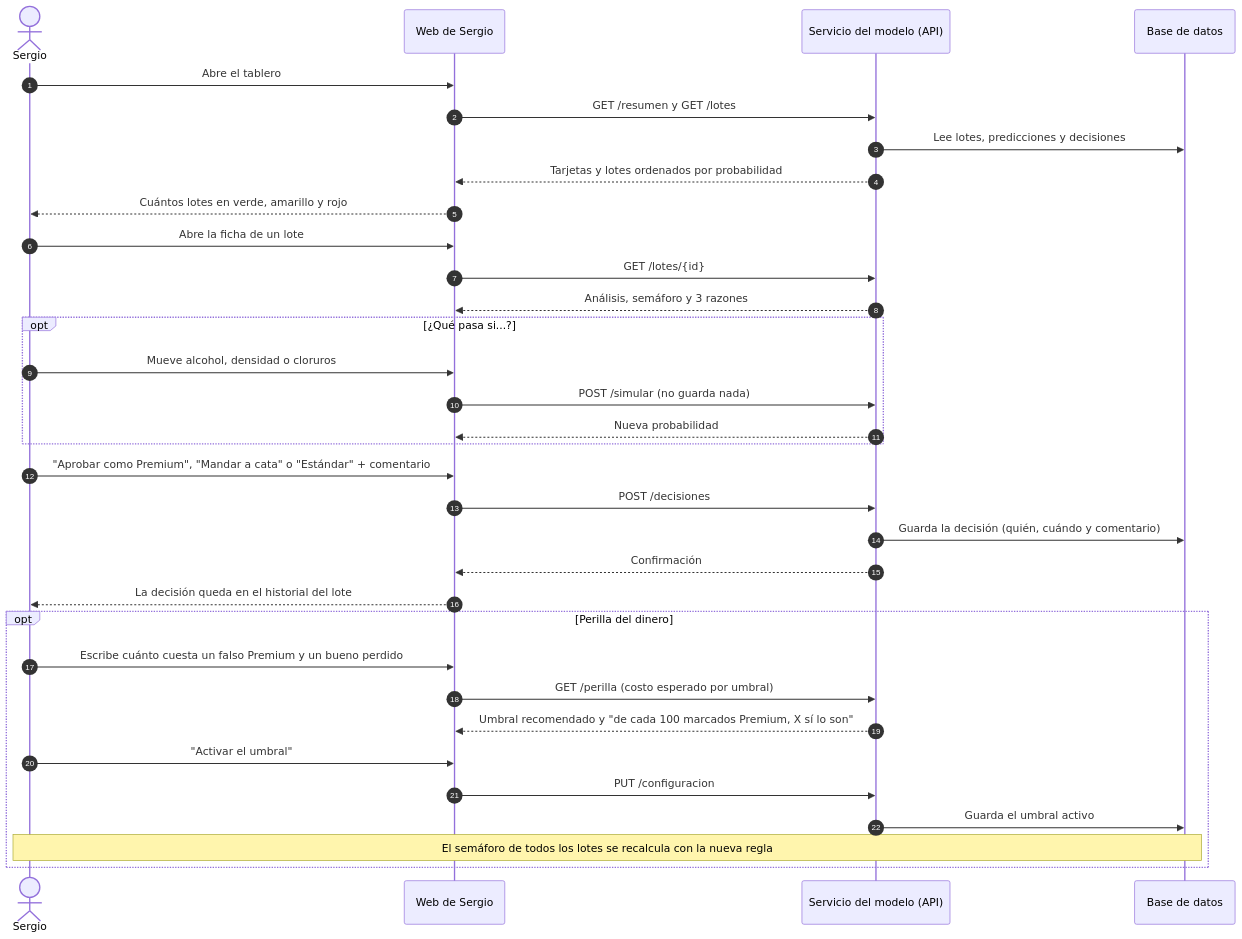
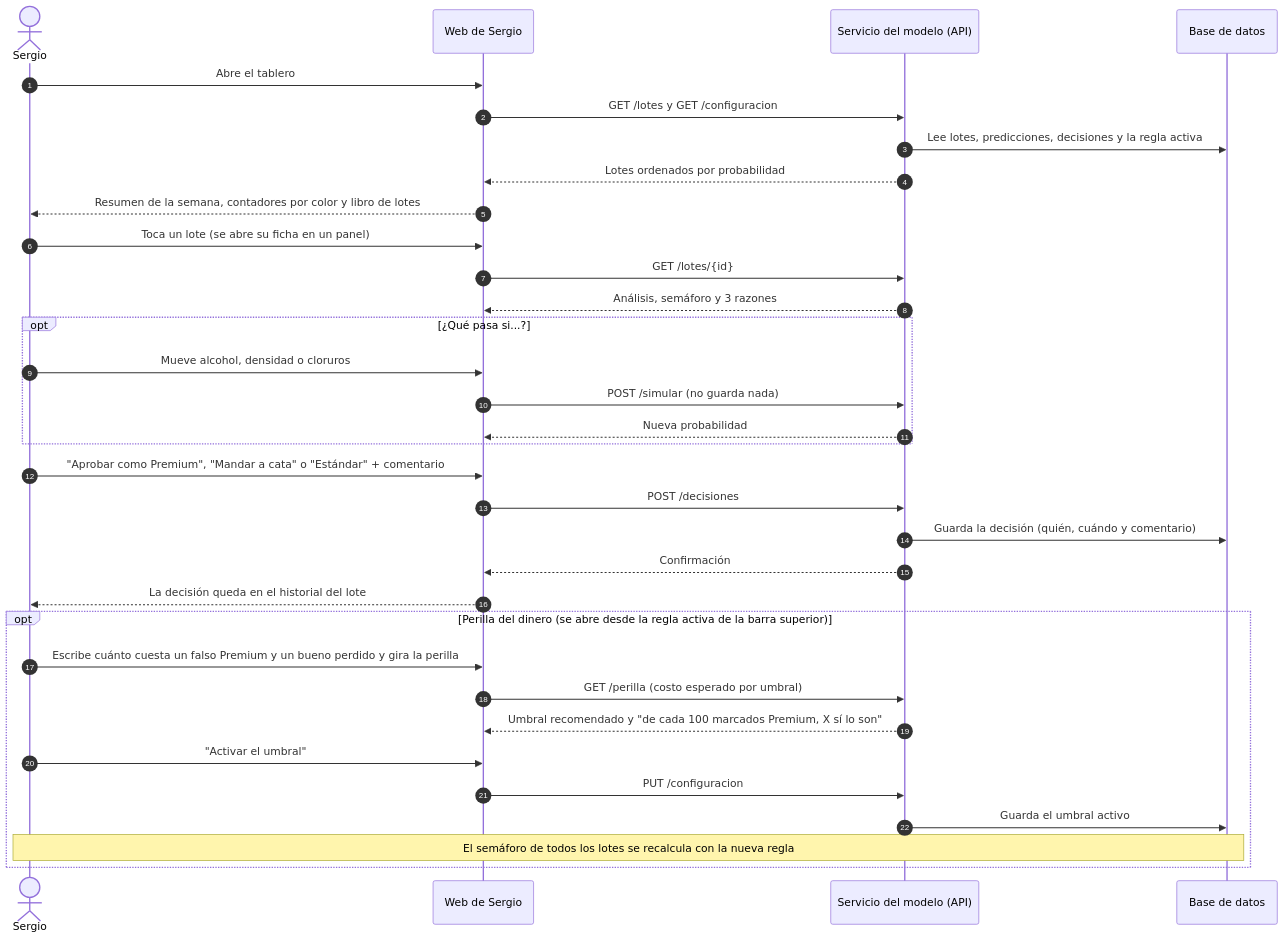
One commit to vegarios-spec/vinoscore changed the second of 2 diagrams in docs/flujo_usuarios.md. Above: the diagram before and after it, drawn with Mermaid. The commit also changed 33 other files, not shown here.

First line of the commit message:
web: rediseño anterior (sello, perilla, una pantalla por persona)

````diff
--- a/docs/flujo_usuarios.md
+++ b/docs/flujo_usuarios.md
@@ -40,40 +40,40 @@
 ```mermaid
 sequenceDiagram
   autonumber
   actor G as Sergio
   participant W as Web de Sergio
   participant S as Servicio del modelo (API)
   participant B as Base de datos
 
   G->>W: Abre el tablero
-  W->>S: GET /resumen y GET /lotes
-  S->>B: Lee lotes, predicciones y decisiones
-  S-->>W: Tarjetas y lotes ordenados por probabilidad
-  W-->>G: Cuántos lotes en verde, amarillo y rojo
+  W->>S: GET /lotes y GET /configuracion
+  S->>B: Lee lotes, predicciones, decisiones y la regla activa
+  S-->>W: Lotes ordenados por probabilidad
+  W-->>G: Resumen de la semana, contadores por color y libro de lotes
 
-  G->>W: Abre la ficha de un lote
+  G->>W: Toca un lote (se abre su ficha en un panel)
   W->>S: GET /lotes/{id}
   S-->>W: Análisis, semáforo y 3 razones
 
   opt ¿Qué pasa si...?
     G->>W: Mueve alcohol, densidad o cloruros
     W->>S: POST /simular (no guarda nada)
     S-->>W: Nueva probabilidad
   end
 
   G->>W: "Aprobar como Premium", "Mandar a cata" o "Estándar" + comentario
   W->>S: POST /decisiones
   S->>B: Guarda la decisión (quién, cuándo y comentario)
   S-->>W: Confirmación
   W-->>G: La decisión queda en el historial del lote
 
-  opt Perilla del dinero
-    G->>W: Escribe cuánto cuesta un falso Premium y un bueno perdido
+  opt Perilla del dinero (se abre desde la regla activa de la barra superior)
+    G->>W: Escribe cuánto cuesta un falso Premium y un bueno perdido y gira la perilla
     W->>S: GET /perilla (costo esperado por umbral)
     S-->>W: Umbral recomendado y "de cada 100 marcados Premium, X sí lo son"
     G->>W: "Activar el umbral"
     W->>S: PUT /configuracion
     S->>B: Guarda el umbral activo
     Note over G,B: El semáforo de todos los lotes se recalcula con la nueva regla
   end
 ```
````
